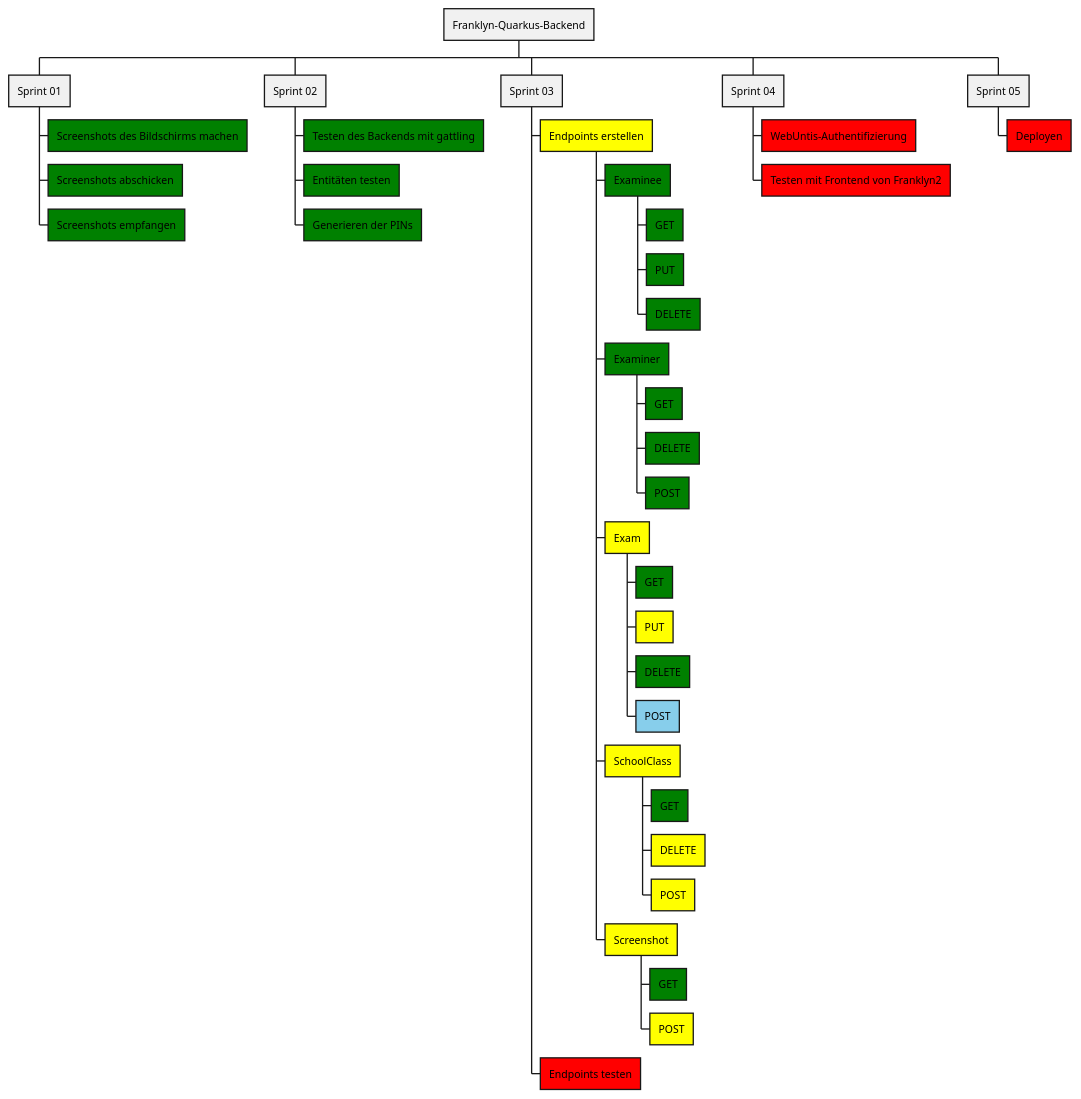
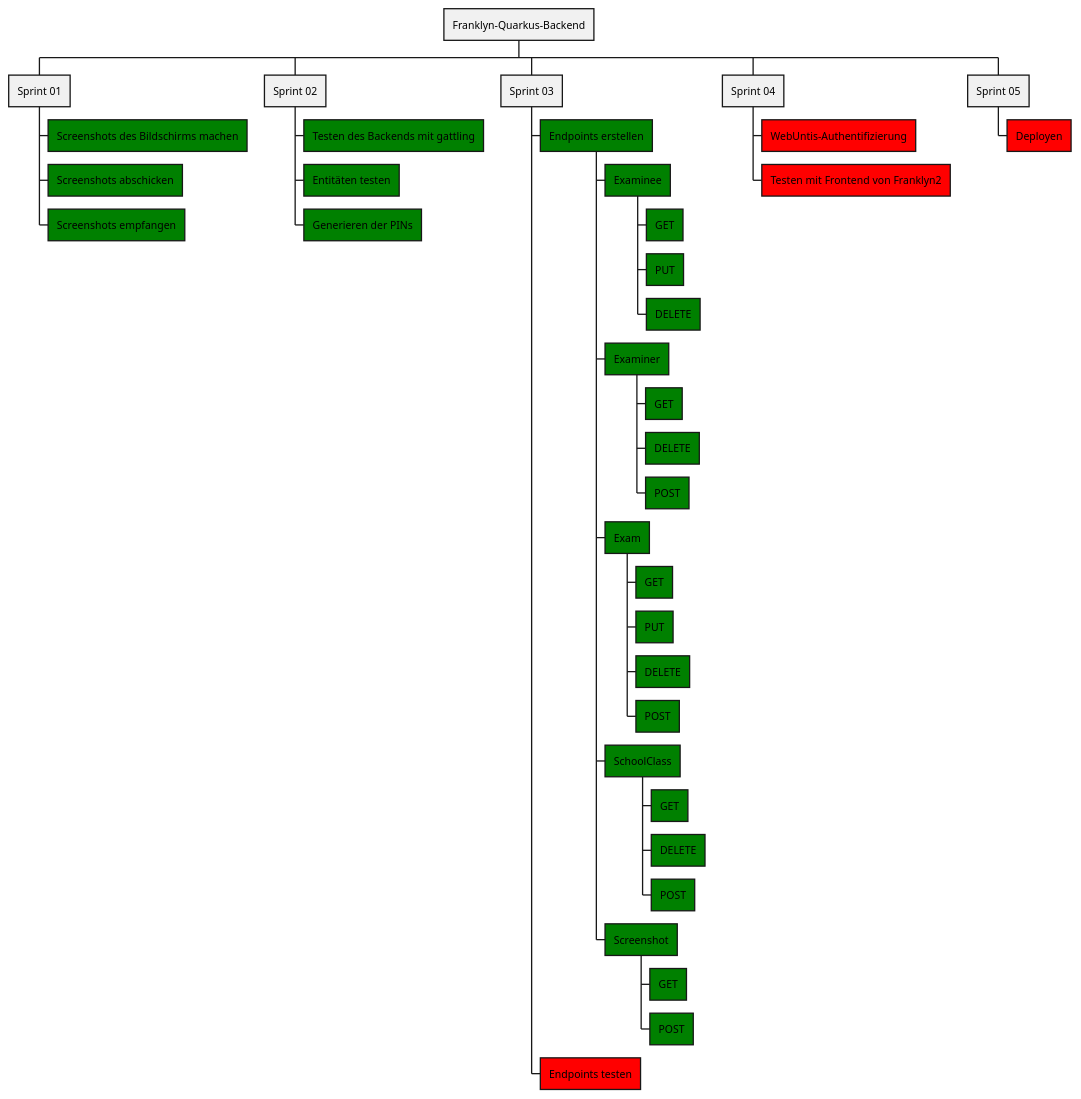
One commit to htl-leonding-project/franklyn-quarkus changed the diagram in docs/asciidocs/plantuml/sachstandsbericht.puml. Above: the diagram before and after it, drawn with PlantUML. The commit also changed 3 other files, not shown here.

```diff
--- a/docs/asciidocs/plantuml/sachstandsbericht.puml
+++ b/docs/asciidocs/plantuml/sachstandsbericht.puml
@@ -1,39 +1,39 @@
 @startwbs
 * Franklyn-Quarkus-Backend
 ** Sprint 01
 ***[#green] Screenshots des Bildschirms machen
 ***[#green] Screenshots abschicken
 ***[#green] Screenshots empfangen
 ** Sprint 02
 ***[#green] Testen des Backends mit gattling
 ***[#green] Entitäten testen
 ***[#green] Generieren der PINs
 ** Sprint 03
-***[#yellow] Endpoints erstellen
+***[#green] Endpoints erstellen
 ****[#green] Examinee
 *****[#green] GET
 *****[#green] PUT
 *****[#green] DELETE
 ****[#green] Examiner
 *****[#green] GET
 *****[#green] DELETE
 *****[#green] POST
-****[#yellow] Exam
+****[#green] Exam
 *****[#green] GET
-*****[#yellow] PUT
+*****[#green] PUT
 *****[#green] DELETE
-*****[#skyblue] POST
-****[#yellow] SchoolClass
+*****[#green] POST
+****[#green] SchoolClass
 *****[#green] GET
-*****[#yellow] DELETE
-*****[#yellow] POST
-****[#yellow] Screenshot
+*****[#green] DELETE
+*****[#green] POST
+****[#green] Screenshot
 *****[#green] GET
-*****[#yellow] POST
+*****[#green] POST
 ***[#red] Endpoints testen
 ** Sprint 04
 ***[#red] WebUntis-Authentifizierung
 ***[#red] Testen mit Frontend von Franklyn2
 ** Sprint 05
 ***[#red] Deployen
 @endwbs
```
